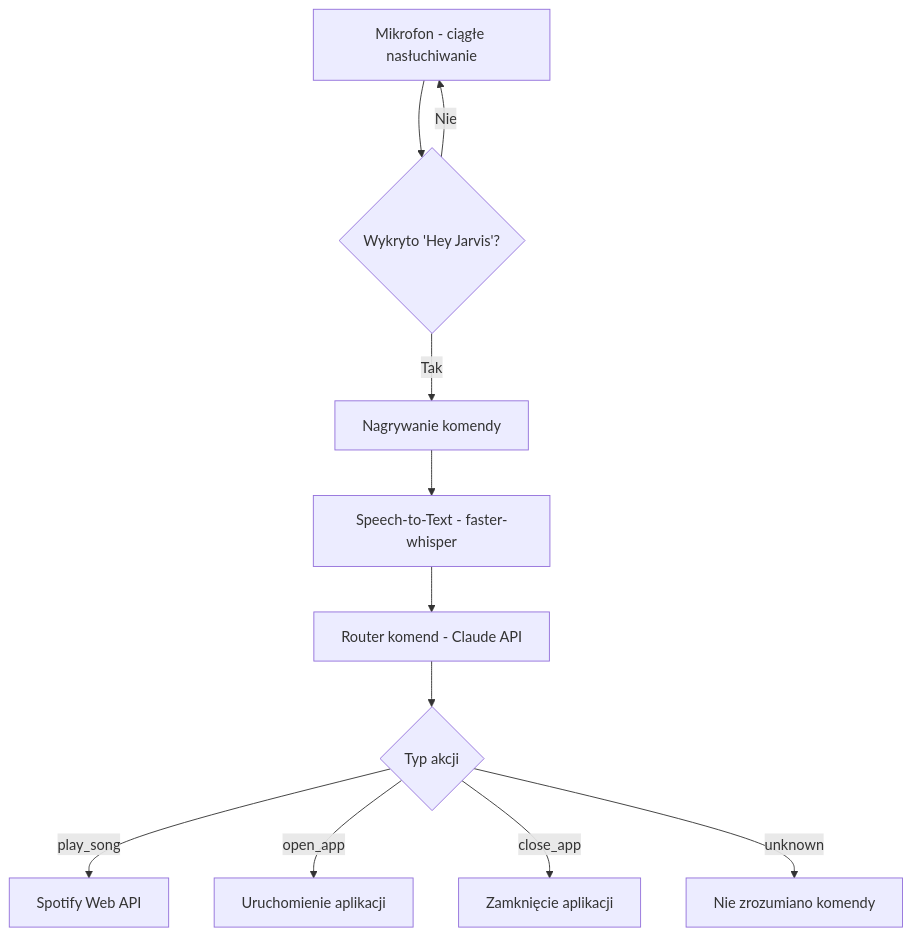
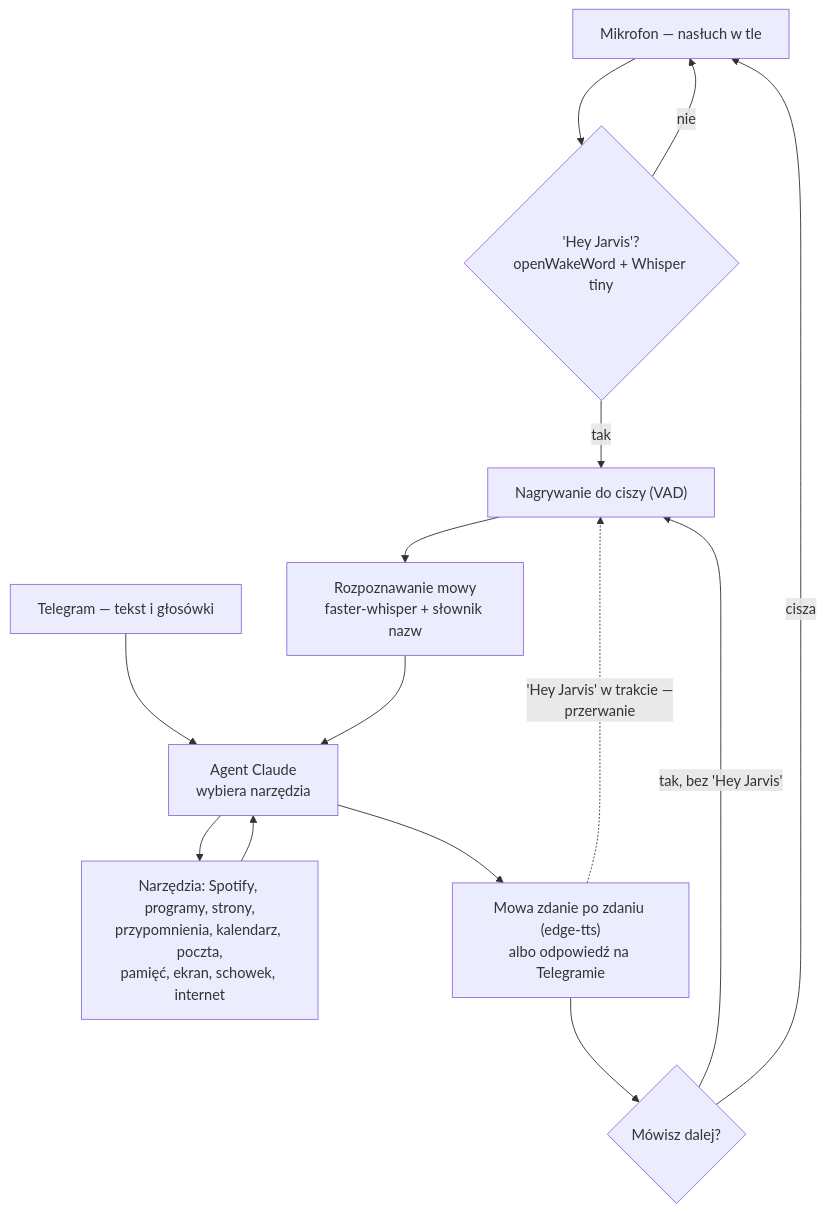
The diagram in README.md (klosuj3bator/Jarvis-voice-assistant), drawn with Mermaid before and after one commit. The commit also changed other lines of this file and 19 other files, not shown here.

````diff
--- a/README.md
+++ b/README.md
@@ -37,13 +133,16 @@
 ```mermaid
 graph TD
-    A[Mikrofon - ciągłe nasłuchiwanie] --> B{Wykryto 'Hey Jarvis'?}
-    B -- Nie --> A
-    B -- Tak --> C[Nagrywanie komendy]
-    C --> D[Speech-to-Text - faster-whisper]
-    D --> E[Router komend - Claude API]
-    E --> F{Typ akcji}
-    F -- play_song --> G[Spotify Web API]
-    F -- open_app --> H[Uruchomienie aplikacji]
-    F -- close_app --> I[Zamknięcie aplikacji]
-    F -- unknown --> J[Nie zrozumiano komendy]
+    A["Mikrofon — nasłuch w tle"] --> B{"'Hey Jarvis'?<br/>openWakeWord + Whisper tiny"}
+    B -- nie --> A
+    B -- tak --> C["Nagrywanie do ciszy (VAD)"]
+    C --> D["Rozpoznawanie mowy<br/>faster-whisper + słownik nazw"]
+    T["Telegram — tekst i głosówki"] --> E
+    D --> E["Agent Claude<br/>wybiera narzędzia"]
+    E --> F["Narzędzia: Spotify, programy, strony,<br/>przypomnienia, kalendarz, poczta,<br/>pamięć, ekran, schowek, internet"]
+    F --> E
+    E --> G["Mowa zdanie po zdaniu (edge-tts)<br/>albo odpowiedź na Telegramie"]
+    G --> H{"Mówisz dalej?"}
+    H -- "tak, bez 'Hey Jarvis'" --> C
+    H -- "cisza" --> A
+    G -. "'Hey Jarvis' w trakcie —<br/>przerwanie" .-> C
 ```
````
